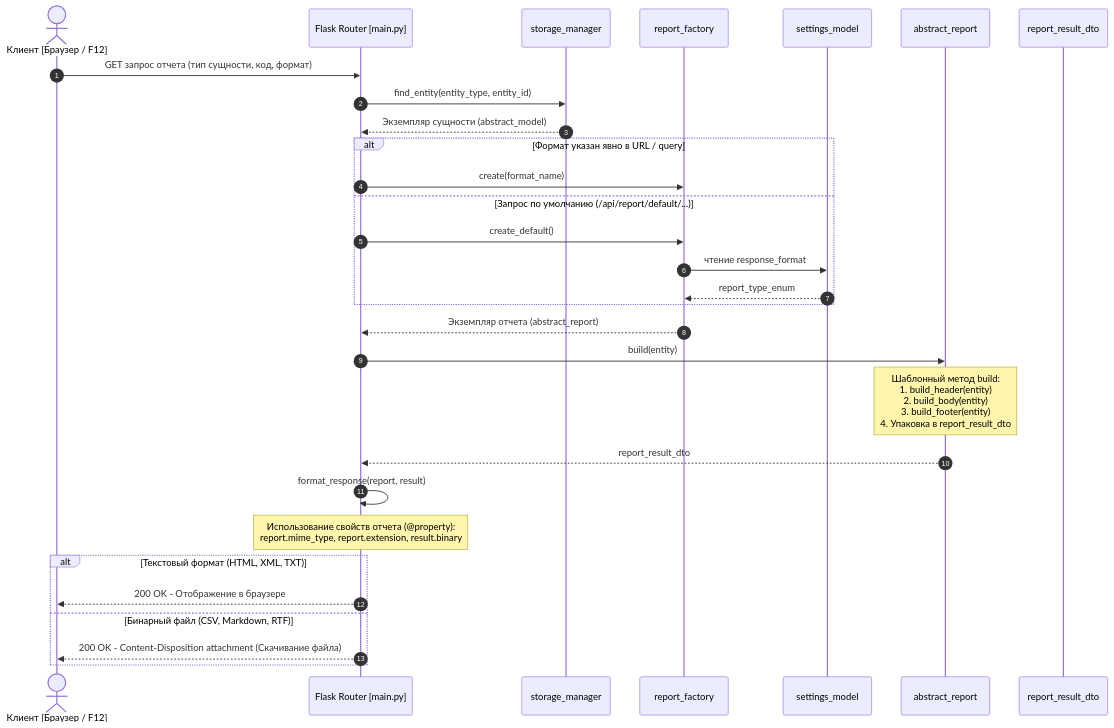
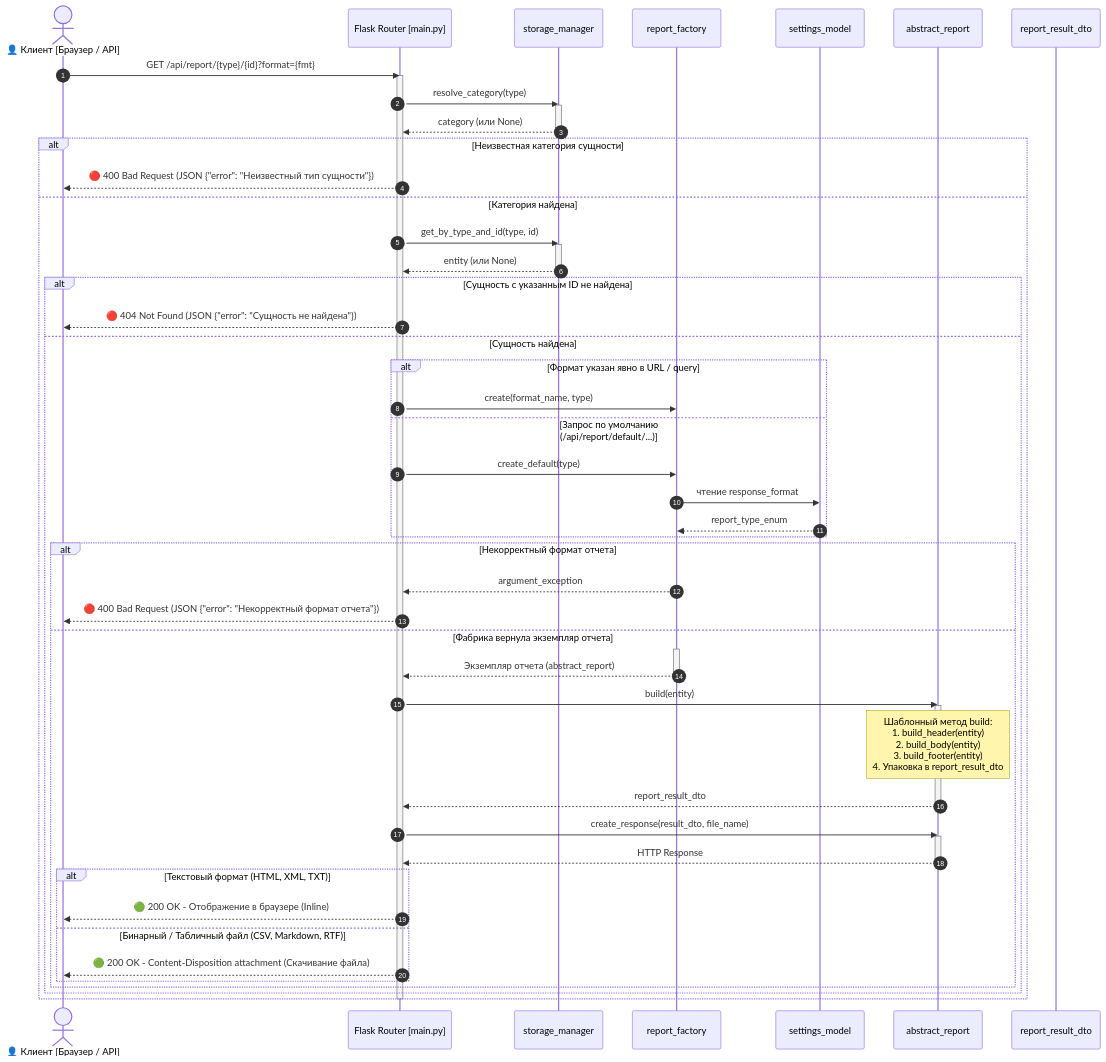
Before and after one commit to Turik06/Patterns_Suleymanov: the second of 2 diagrams in Docs/ReportFactory.md, drawn with Mermaid. The commit also changed other lines of this file and 8 other files, not shown here.

Commit message:
add use case, sequence and object tree diagrams with documentation updates

````diff
--- a/Docs/ReportFactory.md
+++ b/Docs/ReportFactory.md
@@ -141,38 +141,67 @@
 ```mermaid
 sequenceDiagram
     autonumber
-    actor User as Клиент [Браузер / F12]
+    actor User as 👤 Клиент [Браузер / API]
     participant Flask as Flask Router [main.py]
     participant Storage as storage_manager
     participant Factory as report_factory
     participant Settings as settings_model
     participant Report as abstract_report
     participant Result as report_result_dto
 
-    User->>Flask: GET запрос отчета (тип сущности, код, формат)
-    Flask->>Storage: find_entity(entity_type, entity_id)
-    Storage-->>Flask: Экземпляр сущности (abstract_model)
+    User->>Flask: GET /api/report/{type}/{id}?format={fmt}
+    activate Flask
 
-    alt Формат указан явно в URL / query
-        Flask->>Factory: create(format_name)
-    else Запрос по умолчанию (/api/report/default/...)
-        Flask->>Factory: create_default()
-        Factory->>Settings: чтение response_format
-        Settings-->>Factory: report_type_enum
+    Flask->>Storage: resolve_category(type)
+    activate Storage
+    Storage-->>Flask: category (или None)
+    deactivate Storage
+
+    alt Неизвестная категория сущности
+        Flask-->>User: 🔴 400 Bad Request (JSON {"error": "Неизвестный тип сущности"})
+    else Категория найдена
+        Flask->>Storage: get_by_type_and_id(type, id)
+        activate Storage
+        Storage-->>Flask: entity (или None)
+        deactivate Storage
+
+        alt Сущность с указанным ID не найдена
+            Flask-->>User: 🔴 404 Not Found (JSON {"error": "Сущность не найдена"})
+        else Сущность найдена
+            alt Формат указан явно в URL / query
+                Flask->>Factory: create(format_name, type)
+            else Запрос по умолчанию (/api/report/default/...)
+                Flask->>Factory: create_default(type)
+                Factory->>Settings: чтение response_format
+                Settings-->>Factory: report_type_enum
+            end
+
+            alt Некорректный формат отчета
+                Factory-->>Flask: argument_exception
+                Flask-->>User: 🔴 400 Bad Request (JSON {"error": "Некорректный формат отчета"})
+            else Фабрика вернула экземпляр отчета
+                activate Factory
+                Factory-->>Flask: Экземпляр отчета (abstract_report)
+                deactivate Factory
+
+                Flask->>Report: build(entity)
+                activate Report
+                Note over Report: Шаблонный метод build:<br/>1. build_header(entity)<br/>2. build_body(entity)<br/>3. build_footer(entity)<br/>4. Упаковка в report_result_dto
+                Report-->>Flask: report_result_dto
+                deactivate Report
+
+                Flask->>Report: create_response(result_dto, file_name)
+                activate Report
+                Report-->>Flask: HTTP Response
+                deactivate Report
+
+                alt Текстовый формат (HTML, XML, TXT)
+                    Flask-->>User: 🟢 200 OK - Отображение в браузере (Inline)
+                else Бинарный / Табличный файл (CSV, Markdown, RTF)
+                    Flask-->>User: 🟢 200 OK - Content-Disposition attachment (Скачивание файла)
+                end
+            end
+        end
     end
-
-    Factory-->>Flask: Экземпляр отчета (abstract_report)
-
-    Flask->>Report: build(entity)
-    Note over Report: Шаблонный метод build:<br/>1. build_header(entity)<br/>2. build_body(entity)<br/>3. build_footer(entity)<br/>4. Упаковка в report_result_dto
-    Report-->>Flask: report_result_dto
-
-    Flask->>Flask: format_response(report, result)
-    Note over Flask: Использование свойств отчета (@property):<br/>report.mime_type, report.extension, result.binary
-
-    alt Текстовый формат (HTML, XML, TXT)
-        Flask-->>User: 200 OK - Отображение в браузере
-    else Бинарный файл (CSV, Markdown, RTF)
-        Flask-->>User: 200 OK - Content-Disposition attachment (Скачивание файла)
-    end
+    deactivate Flask
 ```
````
